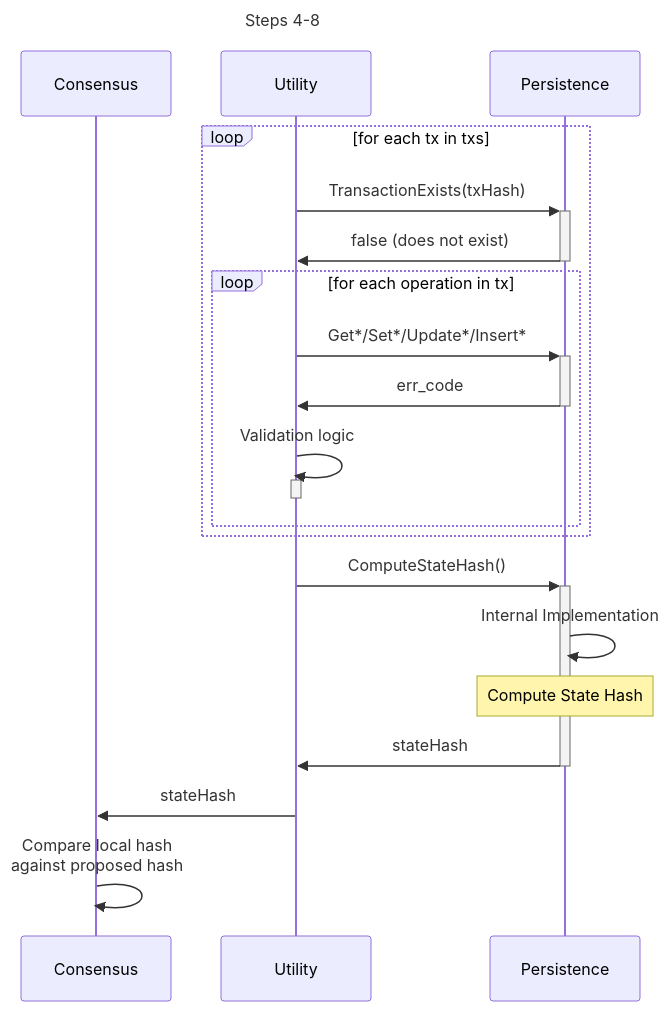
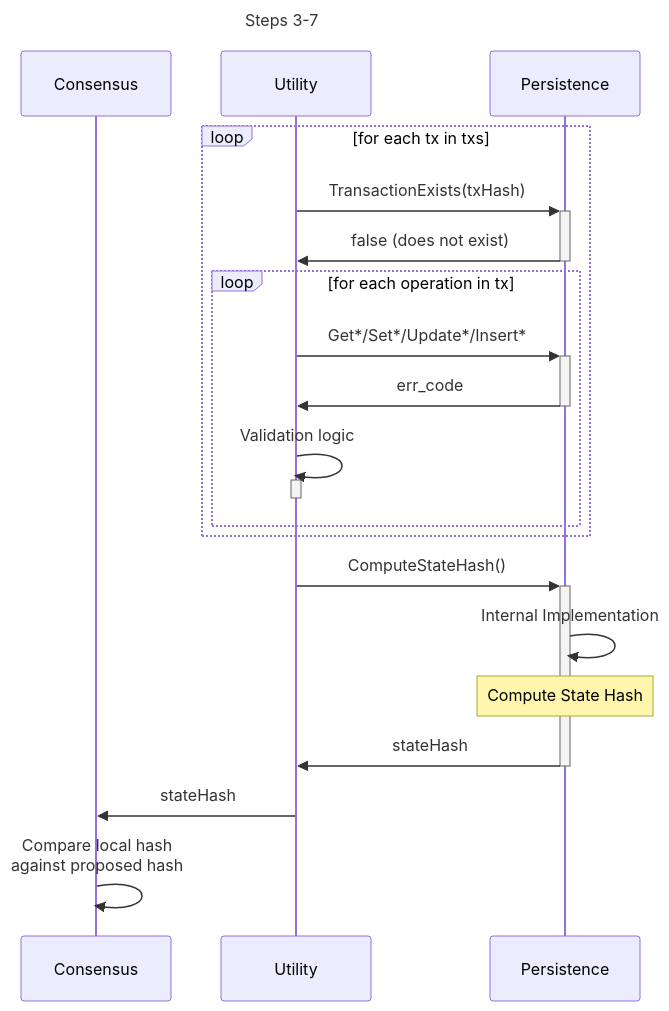
One commit to pokt-network/pocket changed the fifth of 5 diagrams in shared/docs/PROTOCOL_STATE_HASH.md. Above: the diagram before and after it, drawn with Mermaid. The commit also changed other lines of this file and 6 other files, not shown here.

````diff
--- a/shared/docs/PROTOCOL_STATE_HASH.md
+++ b/shared/docs/PROTOCOL_STATE_HASH.md
@@ -154,28 +148,28 @@
 ```mermaid
 sequenceDiagram
-    title Steps 4-8
+    title Steps 3-7
     participant C as Consensus
     participant U as Utility
     participant P as Persistence
 
     loop for each tx in txs
         U->>+P: TransactionExists(txHash)
         P->>-U: false (does not exist)
         loop for each operation in tx
             U->>+P: Get*/Set*/Update*/Insert*
             P->>-U: err_code
             U->>U: Validation logic
             activate U
             deactivate U
         end
     end
     %% TODO: Consolidate AppHash and StateHash
     U->>+P: ComputeStateHash()
     P->>P: Internal Implementation
     Note over P: Compute State Hash
     P->>-U: stateHash
     U->>C: stateHash
 
     %% Validate the computed hash
     C->>C: Compare local hash<br>against proposed hash
 ```
````
